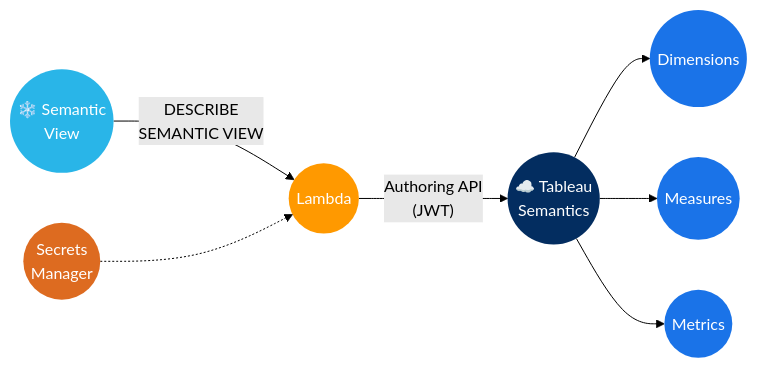
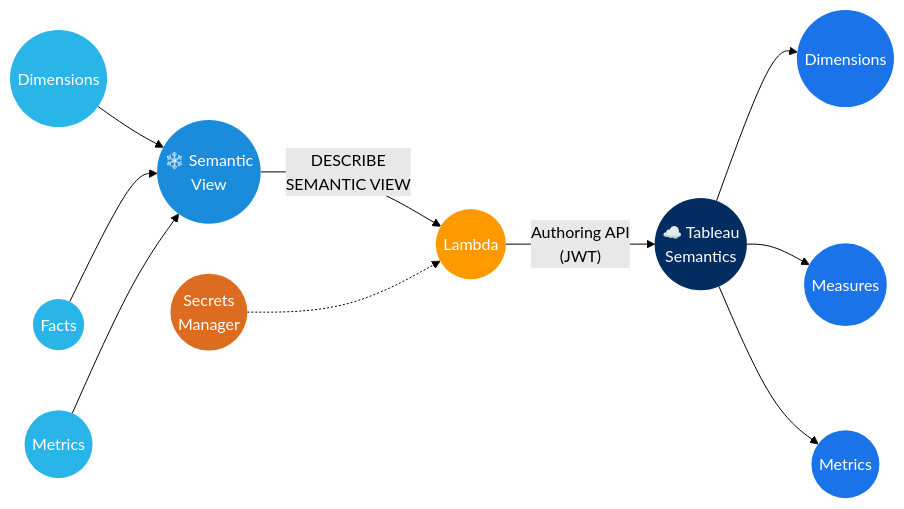
The first of 3 diagrams in README.md (RyutoYoda/snowflake-to-tableau-semantics), drawn with Mermaid (forest theme) before and after one commit.

Commit message:
Show Snowflake semantic concepts mapping to Salesforce side

````diff
--- a/README.md
+++ b/README.md
@@ -9,23 +9,30 @@
 ```mermaid
 flowchart LR
-    SV(("❄️ Semantic\nView"))
-    Lambda(("Lambda"))
-    Secrets(("Secrets\nManager"))
-    TS(("☁️ Tableau\nSemantics"))
-    DIM(("Dimensions"))
-    MEA(("Measures"))
-    MET(("Metrics"))
+    SF_DIM(("Dimensions")) --> SV(("❄️ Semantic\nView"))
+    SF_FACT(("Facts")) --> SV
+    SF_MET(("Metrics")) --> SV
 
-    SV -- "DESCRIBE\nSEMANTIC VIEW" --> Lambda
-    Secrets -.-> Lambda
-    Lambda -- "Authoring API\n(JWT)" --> TS
-    TS --> DIM & MEA & MET
+    SV -- "DESCRIBE\nSEMANTIC VIEW" --> Lambda(("Lambda"))
+    Lambda -- "Authoring API\n(JWT)" --> TS(("☁️ Tableau\nSemantics"))
 
-    style SV fill:#29B5E8,color:#fff,stroke:none
+    TS --> DIM(("Dimensions"))
+    TS --> MEA(("Measures"))
+    TS --> MET(("Metrics"))
+
+    Secrets(("Secrets\nManager")) -.-> Lambda
+
+    SF_DIM ~~~ DIM
+    SF_FACT ~~~ MEA
+    SF_MET ~~~ MET
+
+    style SF_DIM fill:#29B5E8,color:#fff,stroke:none
+    style SF_FACT fill:#29B5E8,color:#fff,stroke:none
+    style SF_MET fill:#29B5E8,color:#fff,stroke:none
+    style SV fill:#1a8cdb,color:#fff,stroke:none
     style Lambda fill:#FF9900,color:#fff,stroke:none
     style Secrets fill:#dd6b20,color:#fff,stroke:none
     style TS fill:#032D60,color:#fff,stroke:none
     style DIM fill:#1a73e8,color:#fff,stroke:none
     style MEA fill:#1a73e8,color:#fff,stroke:none
     style MET fill:#1a73e8,color:#fff,stroke:none
 ```
````
